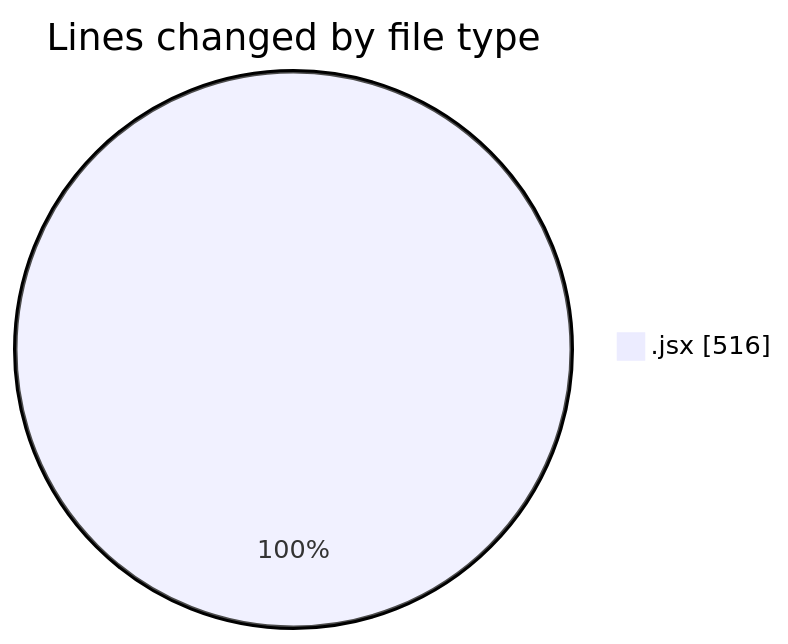
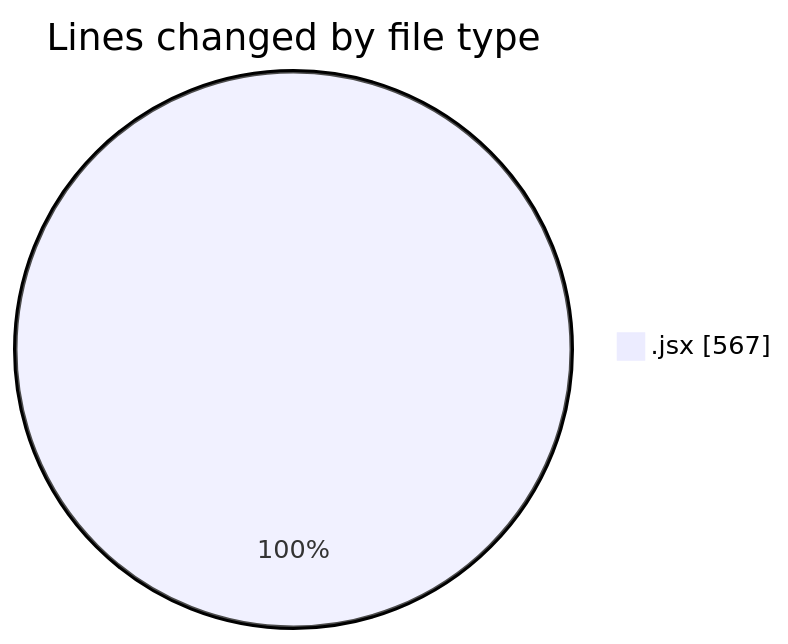
Before and after one commit to nxtqubesakshisongat/code-tracking: the first of 2 diagrams in 2025-06-06/nxtqube_webapp/README.md, drawn with Mermaid. The commit also changed other lines of this file and 1 other file, not shown here.

````diff
--- a/2025-06-06/nxtqube_webapp/README.md
+++ b/2025-06-06/nxtqube_webapp/README.md
@@ -20,5 +20,5 @@
 ```mermaid
 pie showData
 title Lines changed by file type
-".jsx" : 516
+".jsx" : 567
 ```
````
